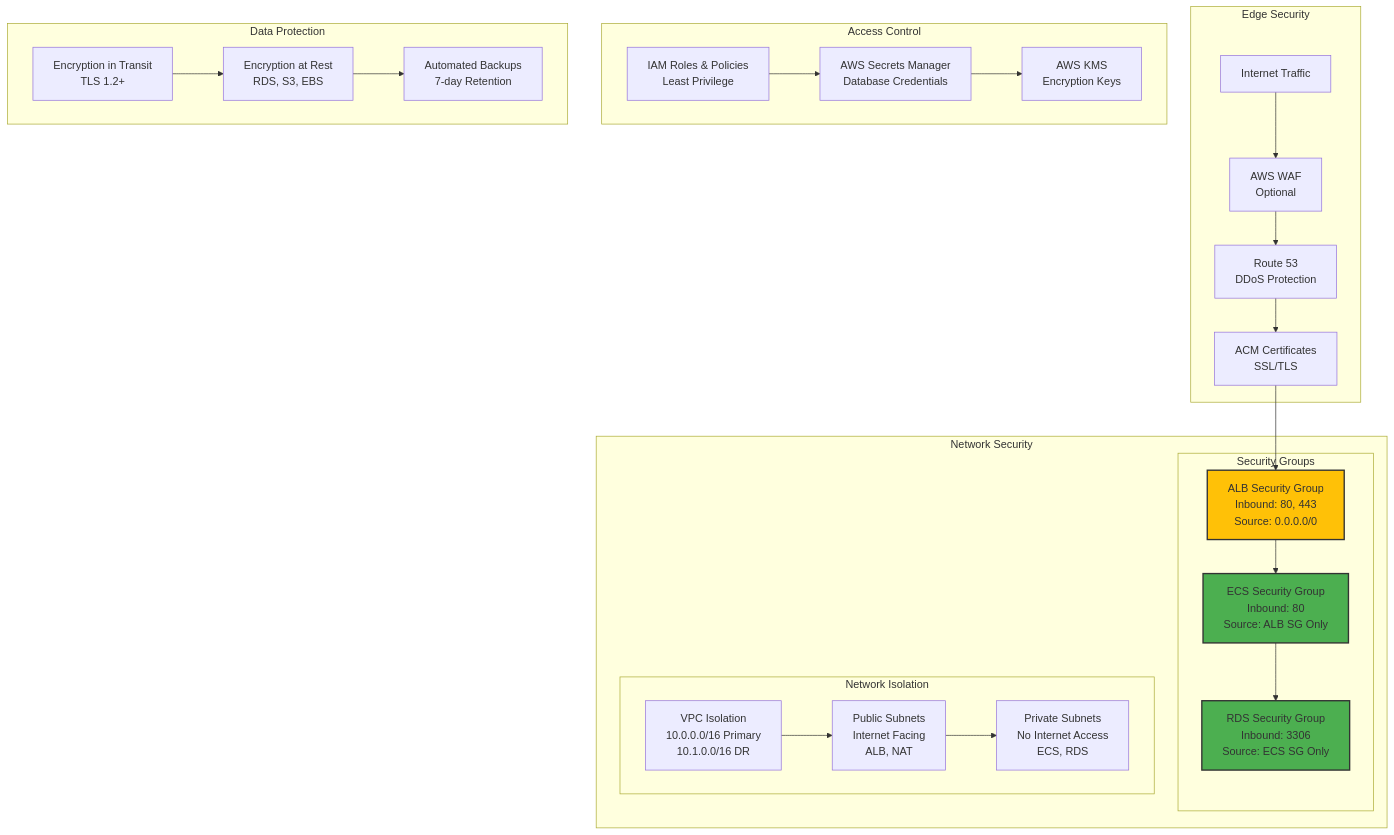
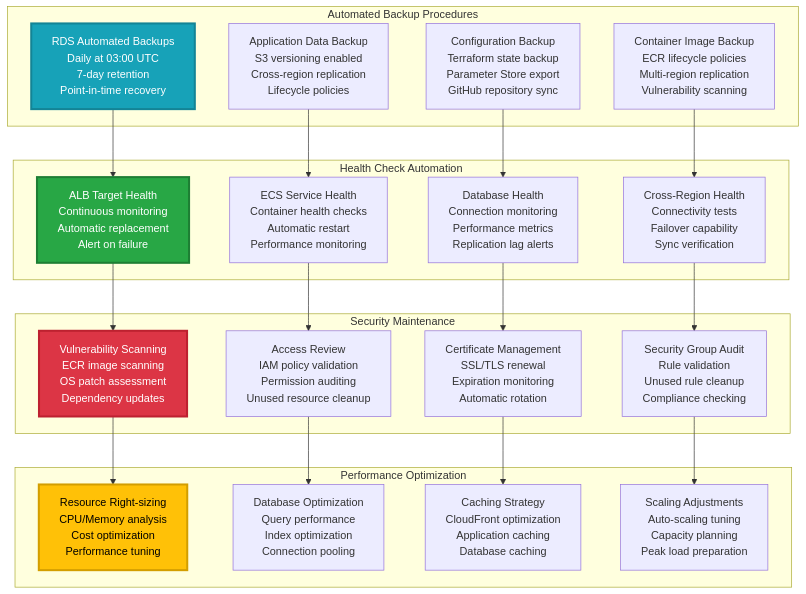
Before and after one commit to mangucletus/disaster-recovery-for-containerized-lamp-stack-application: diagram 17 of 20 in README.md, drawn with Mermaid. The commit also changed other lines of this file, not shown here.

````diff
--- a/README.md
+++ b/README.md
@@ -636,56 +1265,50 @@
 ```mermaid
-graph TB
-    subgraph "Edge Security"
-        Internet[Internet Traffic]
-        WAF[AWS WAF<br/>Optional]
-        Route53[Route 53<br/>DDoS Protection]
-        ACM[ACM Certificates<br/>SSL/TLS]
+graph TD
+    subgraph "Automated Backup Procedures"
+        B1[RDS Automated Backups<br/>Daily at 03:00 UTC<br/>7-day retention<br/>Point-in-time recovery]
+        B2[Application Data Backup<br/>S3 versioning enabled<br/>Cross-region replication<br/>Lifecycle policies]
+        B3[Configuration Backup<br/>Terraform state backup<br/>Parameter Store export<br/>GitHub repository sync]
+        B4[Container Image Backup<br/>ECR lifecycle policies<br/>Multi-region replication<br/>Vulnerability scanning]
     end
     
-    subgraph "Network Security"
-        subgraph "Security Groups"
-            ALB_SG[ALB Security Group<br/>Inbound: 80, 443<br/>Source: 0.0.0.0/0]
-            ECS_SG[ECS Security Group<br/>Inbound: 80<br/>Source: ALB SG Only]
-            RDS_SG[RDS Security Group<br/>Inbound: 3306<br/>Source: ECS SG Only]
-        end
-        
-        subgraph "Network Isolation"
-            PublicSubnets[Public Subnets<br/>Internet Facing<br/>ALB, NAT]
-            PrivateSubnets[Private Subnets<br/>No Internet Access<br/>ECS, RDS]
-            VPC[VPC Isolation<br/>10.0.0.0/16 Primary<br/>10.1.0.0/16 DR]
-        end
+    subgraph "Health Check Automation"
+        H1[ALB Target Health<br/>Continuous monitoring<br/>Automatic replacement<br/>Alert on failure]
+        H2[ECS Service Health<br/>Container health checks<br/>Automatic restart<br/>Performance monitoring]
+        H3[Database Health<br/>Connection monitoring<br/>Performance metrics<br/>Replication lag alerts]
+        H4[Cross-Region Health<br/>Connectivity tests<br/>Failover capability<br/>Sync verification]
     end
     
-    subgraph "Access Control"
-        IAM[IAM Roles & Policies<br/>Least Privilege]
-        SecretsManager[AWS Secrets Manager<br/>Database Credentials]
-        KMS[AWS KMS<br/>Encryption Keys]
+    subgraph "Security Maintenance"
+        S1[Vulnerability Scanning<br/>ECR image scanning<br/>OS patch assessment<br/>Dependency updates]
+        S2[Access Review<br/>IAM policy validation<br/>Permission auditing<br/>Unused resource cleanup]
+        S3[Certificate Management<br/>SSL/TLS renewal<br/>Expiration monitoring<br/>Automatic rotation]
+        S4[Security Group Audit<br/>Rule validation<br/>Unused rule cleanup<br/>Compliance checking]
     end
     
-    subgraph "Data Protection"
-        Encryption_Transit[Encryption in Transit<br/>TLS 1.2+]
-        Encryption_Rest[Encryption at Rest<br/>RDS, S3, EBS]
-        Backup[Automated Backups<br/>7-day Retention]
+    subgraph "Performance Optimization"
+        P1[Resource Right-sizing<br/>CPU/Memory analysis<br/>Cost optimization<br/>Performance tuning]
+        P2[Database Optimization<br/>Query performance<br/>Index optimization<br/>Connection pooling]
+        P3[Caching Strategy<br/>CloudFront optimization<br/>Application caching<br/>Database caching]
+        P4[Scaling Adjustments<br/>Auto-scaling tuning<br/>Capacity planning<br/>Peak load preparation]
     end
     
-    Internet --> WAF
-    WAF --> Route53
-    Route53 --> ACM
-    ACM --> ALB_SG
+    B1 --> H1
+    B2 --> H2
+    B3 --> H3
+    B4 --> H4
     
-    ALB_SG --> ECS_SG
-    ECS_SG --> RDS_SG
+    H1 --> S1
+    H2 --> S2
+    H3 --> S3
+    H4 --> S4
     
-    PublicSubnets --> PrivateSubnets
-    VPC --> PublicSubnets
+    S1 --> P1
+    S2 --> P2
+    S3 --> P3
+    S4 --> P4
     
-    IAM --> SecretsManager
-    SecretsManager --> KMS
-    
-    Encryption_Transit --> Encryption_Rest
-    Encryption_Rest --> Backup
-    
-    style ALB_SG fill:#FFC107,stroke:#333,stroke-width:2px
-    style ECS_SG fill:#4CAF50,stroke:#333,stroke-width:2px
-    style RDS_SG fill:#4CAF50,stroke:#333,stroke-width:2px
+    style B1 fill:#17a2b8,color:#ffffff,stroke:#138496,stroke-width:3px
+    style H1 fill:#28a745,color:#ffffff,stroke:#1e7e34,stroke-width:3px
+    style S1 fill:#dc3545,color:#ffffff,stroke:#bd2130,stroke-width:3px
+    style P1 fill:#ffc107,color:#000000,stroke:#d39e00,stroke-width:3px
 ```
````
